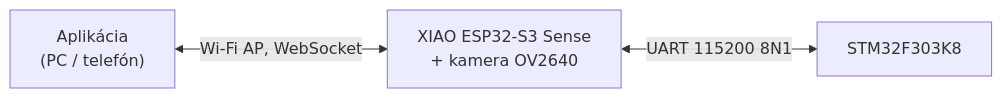
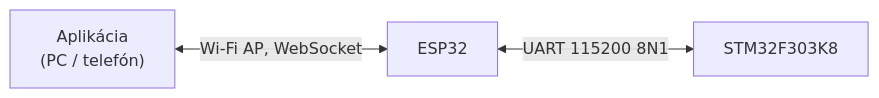
Before and after one commit to Fleppe/VRS-drone: the diagram in Komunikacia/README.md, drawn with Mermaid. The commit also changed other lines of this file and 18 other files, not shown here.

````diff
--- a/Komunikacia/README.md
+++ b/Komunikacia/README.md
@@ -13,5 +13,5 @@
 ```mermaid
 flowchart LR
-    APP["Aplikácia<br/>(PC / telefón)"] <-->|"Wi-Fi AP, WebSocket"| ESP["XIAO ESP32-S3 Sense<br/>+ kamera OV2640"]
+    APP["Aplikácia<br/>(PC / telefón)"] <-->|"Wi-Fi AP, WebSocket"| ESP["ESP32"]
     ESP <-->|"UART 115200 8N1"| STM["STM32F303K8"]
 ```
````
